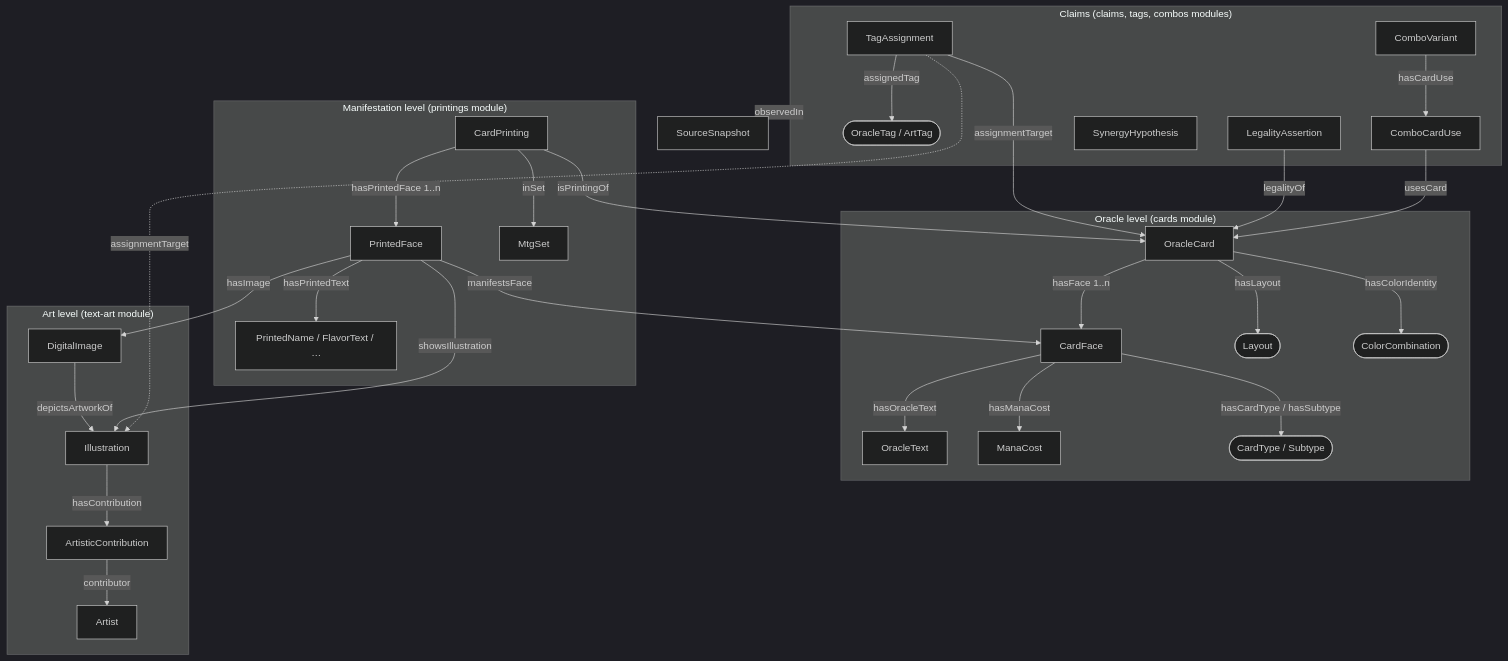
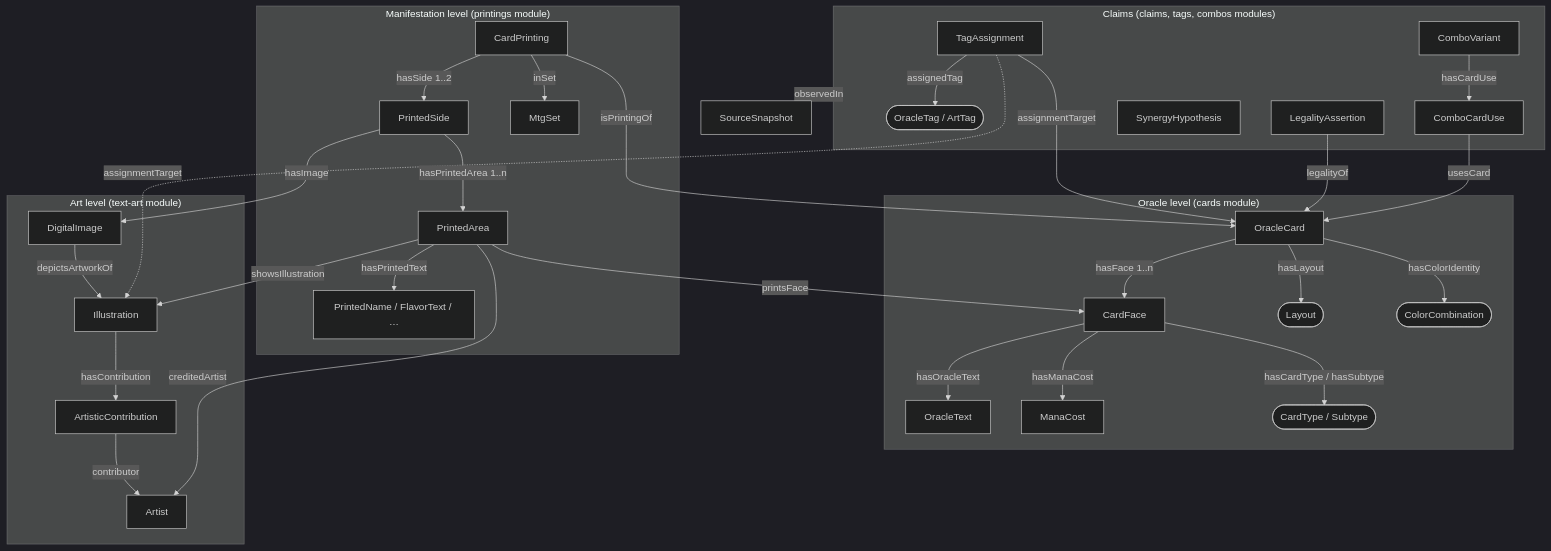
One commit to RemoGrillo/semantic_mtg changed the first of 2 diagrams in docs/ontology/conceptual-model.md. Above: the diagram before and after it, drawn with Mermaid (dark theme). The commit also changed other lines of this file and 87 other files, not shown here.

````diff
--- a/docs/ontology/conceptual-model.md
+++ b/docs/ontology/conceptual-model.md
@@ -7,35 +7,37 @@
 ```mermaid
 flowchart TB
   subgraph Abstract["Oracle level (cards module)"]
     OC[OracleCard] -->|hasFace 1..n| CF[CardFace]
     CF -->|hasOracleText| OT[OracleText]
     CF -->|hasManaCost| MC[ManaCost]
     OC -->|hasLayout| LY([Layout])
     OC -->|hasColorIdentity| CC([ColorCombination])
     CF -->|hasCardType / hasSubtype| TY([CardType / Subtype])
   end
   subgraph Published["Manifestation level (printings module)"]
-    CP[CardPrinting] -->|hasPrintedFace 1..n| PF[PrintedFace]
+    CP[CardPrinting] -->|hasSide 1..2| PS[PrintedSide]
+    PS -->|hasPrintedArea 1..n| PA[PrintedArea]
     CP -->|inSet| SET[MtgSet]
-    PF -->|hasPrintedText| TX[PrintedName / FlavorText / …]
+    PA -->|hasPrintedText| TX[PrintedName / FlavorText / …]
   end
   subgraph Visual["Art level (text-art module)"]
     IL[Illustration] -->|hasContribution| AC[ArtisticContribution] -->|contributor| AR[Artist]
     IMG[DigitalImage] -->|depictsArtworkOf| IL
   end
   CP -->|isPrintingOf| OC
-  PF -->|manifestsFace| CF
-  PF -->|showsIllustration| IL
-  PF -->|hasImage| IMG
+  PA -->|printsFace| CF
+  PA -->|showsIllustration| IL
+  PA -->|creditedArtist| AR
+  PS -->|hasImage| IMG
   subgraph Claims["Claims (claims, tags, combos modules)"]
     TA[TagAssignment] -->|assignedTag| TG([OracleTag / ArtTag])
     LA[LegalityAssertion]
     CV[ComboVariant] -->|hasCardUse| CU[ComboCardUse]
     SH[SynergyHypothesis]
   end
   TA -->|assignmentTarget| OC
   TA -.->|assignmentTarget| IL
   LA -->|legalityOf| OC
   CU -->|usesCard| OC
   Claims -->|observedIn| SNAP[SourceSnapshot]
 ```
````
